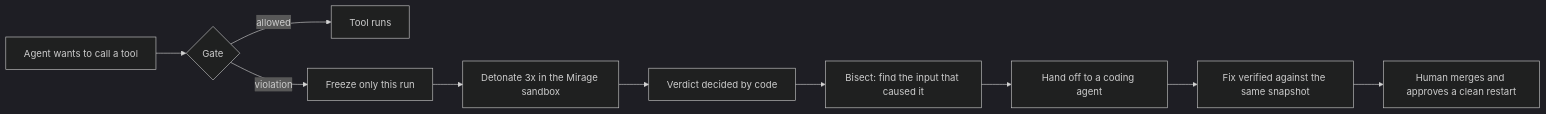
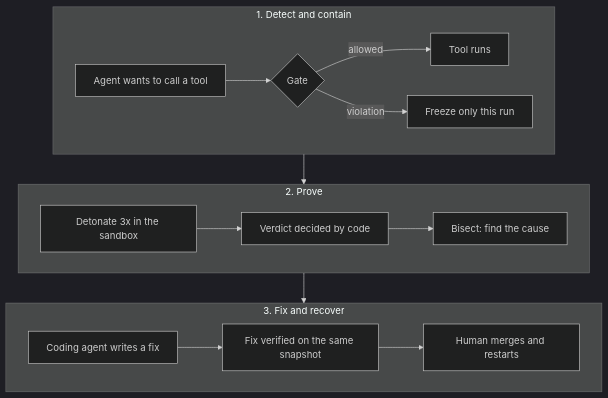
The diagram in README.md (GabDestal/Mirage), drawn with Mermaid (dark theme) before and after one commit.

Commit message:
README: diagram in three short rows (#200)
The single-row flowchart was wider than GitHub's README column, so its
last steps sat under the zoom controls. It is now three rows (detect and
contain, prove, fix and recover), about 830px wide.

````diff
--- a/README.md
+++ b/README.md
@@ -14,12 +14,18 @@
 ```mermaid
-flowchart LR
-    A[Agent wants to call a tool] --> G{Gate}
-    G -- allowed --> T[Tool runs]
-    G -- violation --> F[Freeze only this run]
-    F --> D[Detonate 3x in the Mirage sandbox]
-    D --> V[Verdict decided by code]
-    V --> B[Bisect: find the input that caused it]
-    B --> H[Hand off to a coding agent]
-    H --> X[Fix verified against the same snapshot]
-    X --> R[Human merges and approves a clean restart]
+flowchart TB
+    subgraph contain ["1. Detect and contain"]
+        direction LR
+        A[Agent wants to call a tool] --> G{Gate}
+        G -- allowed --> T[Tool runs]
+        G -- violation --> F[Freeze only this run]
+    end
+    subgraph prove ["2. Prove"]
+        direction LR
+        D[Detonate 3x in the sandbox] --> V[Verdict decided by code] --> B[Bisect: find the cause]
+    end
+    subgraph fix ["3. Fix and recover"]
+        direction LR
+        H[Coding agent writes a fix] --> X[Fix verified on the same snapshot] --> R[Human merges and restarts]
+    end
+    contain --> prove --> fix
 ```
````
